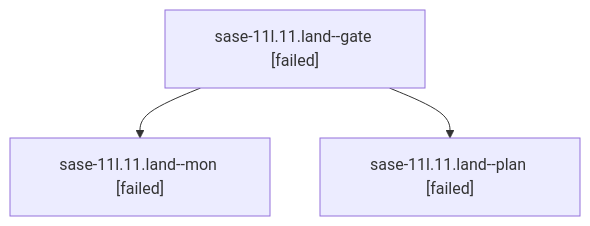
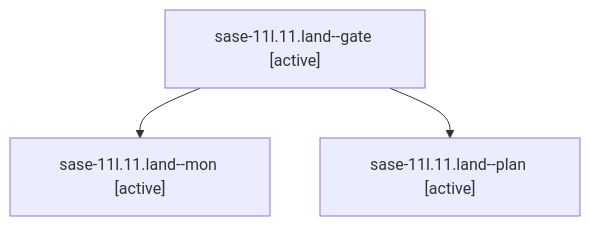
The diagram in families/bbugyi200.athena.sase-11l.11.land.md (sase-org/sase--agents), drawn with Mermaid before and after one commit. The commit also changed other lines of this file and 192 other files, not shown here.

````diff
--- a/families/bbugyi200.athena.sase-11l.11.land.md
+++ b/families/bbugyi200.athena.sase-11l.11.land.md
@@ -9,8 +9,8 @@
 ```mermaid
 flowchart TD
-  n0["sase-11l.11.land--gate [failed]"]
-  n1["sase-11l.11.land--mon [failed]"]
+  n0["sase-11l.11.land--gate [active]"]
+  n1["sase-11l.11.land--mon [active]"]
   n0 --> n1
-  n2["sase-11l.11.land--plan [failed]"]
+  n2["sase-11l.11.land--plan [active]"]
   n0 --> n2
 ```
````
